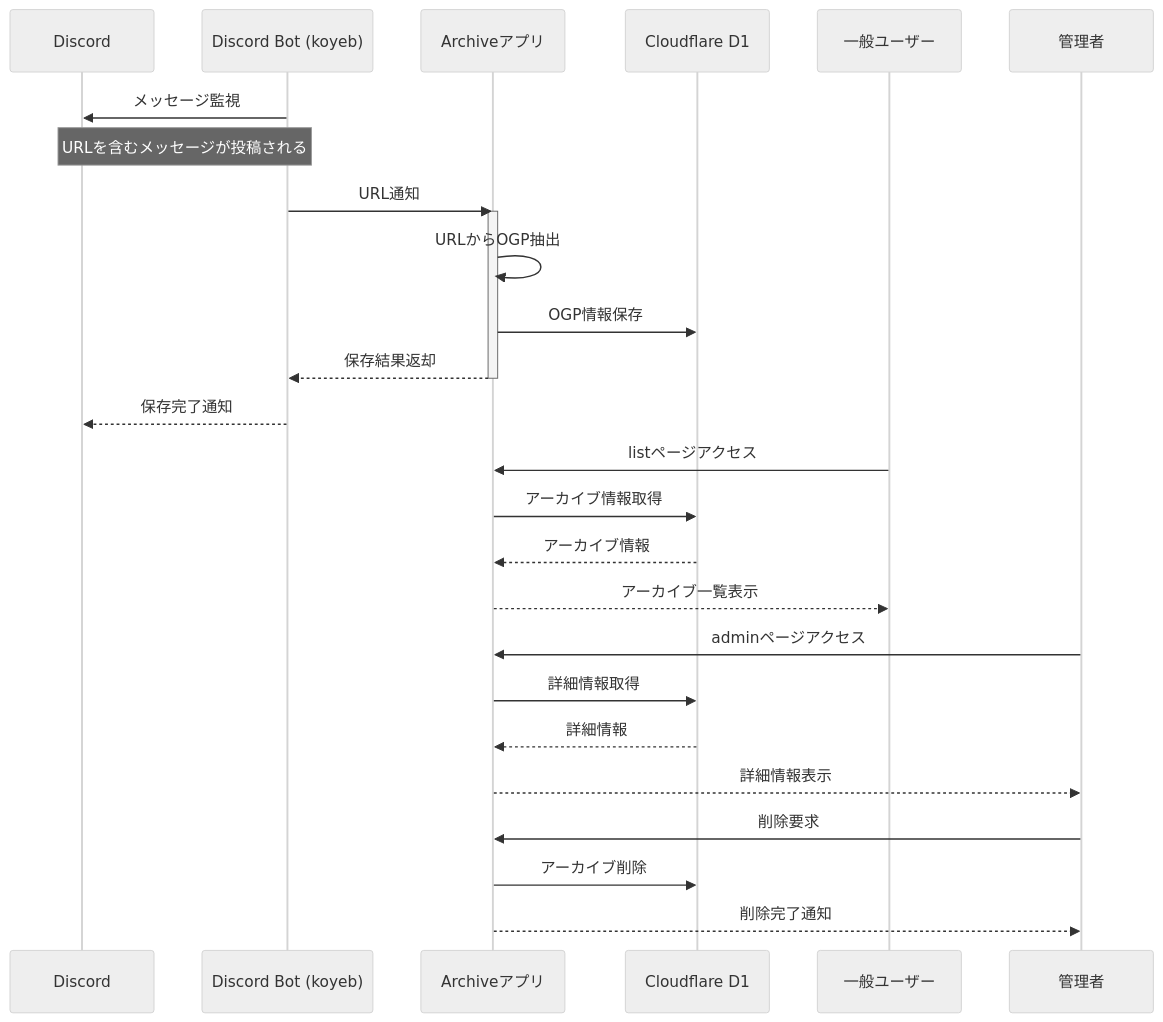
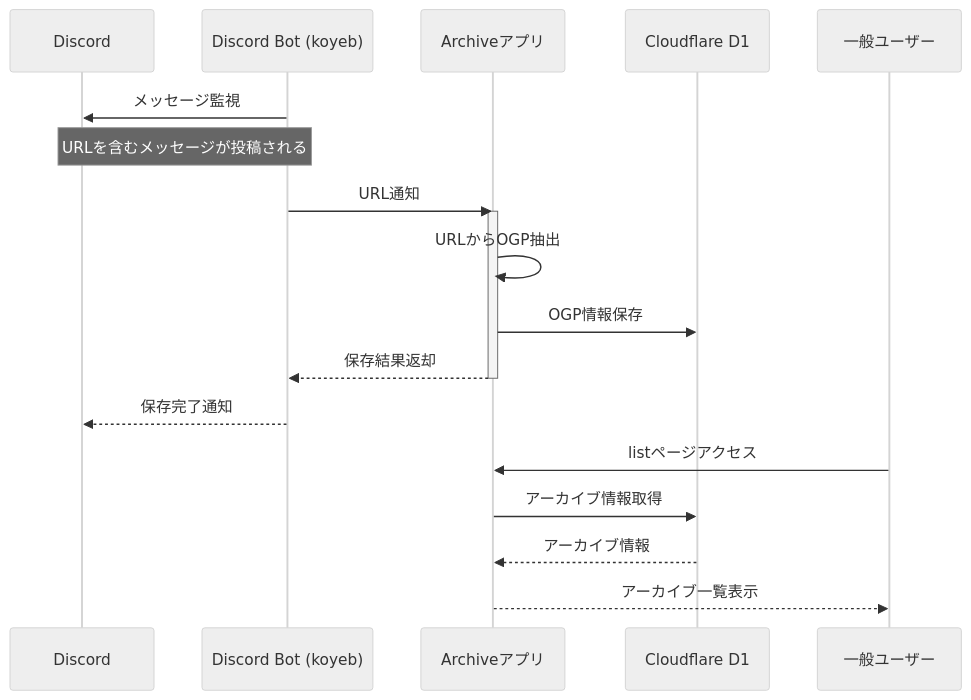
One commit to tooppoo/armoredcore-extreme-mercenaries changed the second of 2 diagrams in docs/functions/archive/README.md. Above: the diagram before and after it, drawn with Mermaid (neutral theme).

Commit message:
Simplify archive flow by removing admin details
Removed admin interactions from the archive flow diagram.

````diff
--- a/docs/functions/archive/README.md
+++ b/docs/functions/archive/README.md
@@ -77,33 +77,24 @@
 ```mermaid
 sequenceDiagram
     participant Discord
     participant Bot as Discord Bot (koyeb)
     participant Archive as Archiveアプリ
     participant DB as Cloudflare D1
     participant User as 一般ユーザー
-    participant Admin as 管理者
 
     Bot->>Discord: メッセージ監視
     Note over Discord,Bot: URLを含むメッセージが投稿される
     
     Bot->>Archive: URL通知
     activate Archive
     Archive->>Archive: URLからOGP抽出
     Archive->>DB: OGP情報保存
     Archive-->>Bot: 保存結果返却
     deactivate Archive
     Bot-->>Discord: 保存完了通知
 
     User->>Archive: listページアクセス
     Archive->>DB: アーカイブ情報取得
     DB-->>Archive: アーカイブ情報
     Archive-->>User: アーカイブ一覧表示
-
-    Admin->>Archive: adminページアクセス
-    Archive->>DB: 詳細情報取得
-    DB-->>Archive: 詳細情報
-    Archive-->>Admin: 詳細情報表示
-    Admin->>Archive: 削除要求
-    Archive->>DB: アーカイブ削除
-    Archive-->>Admin: 削除完了通知
 ```
````
